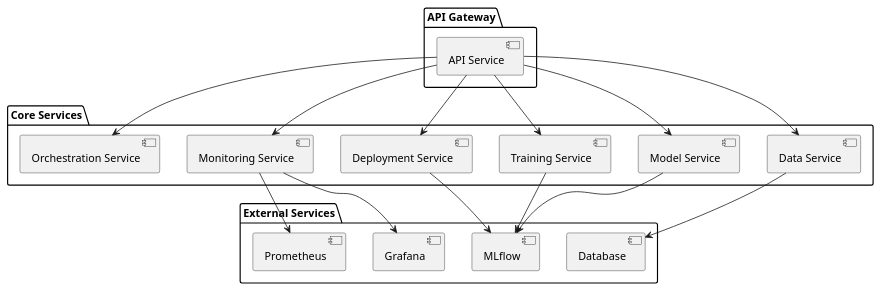
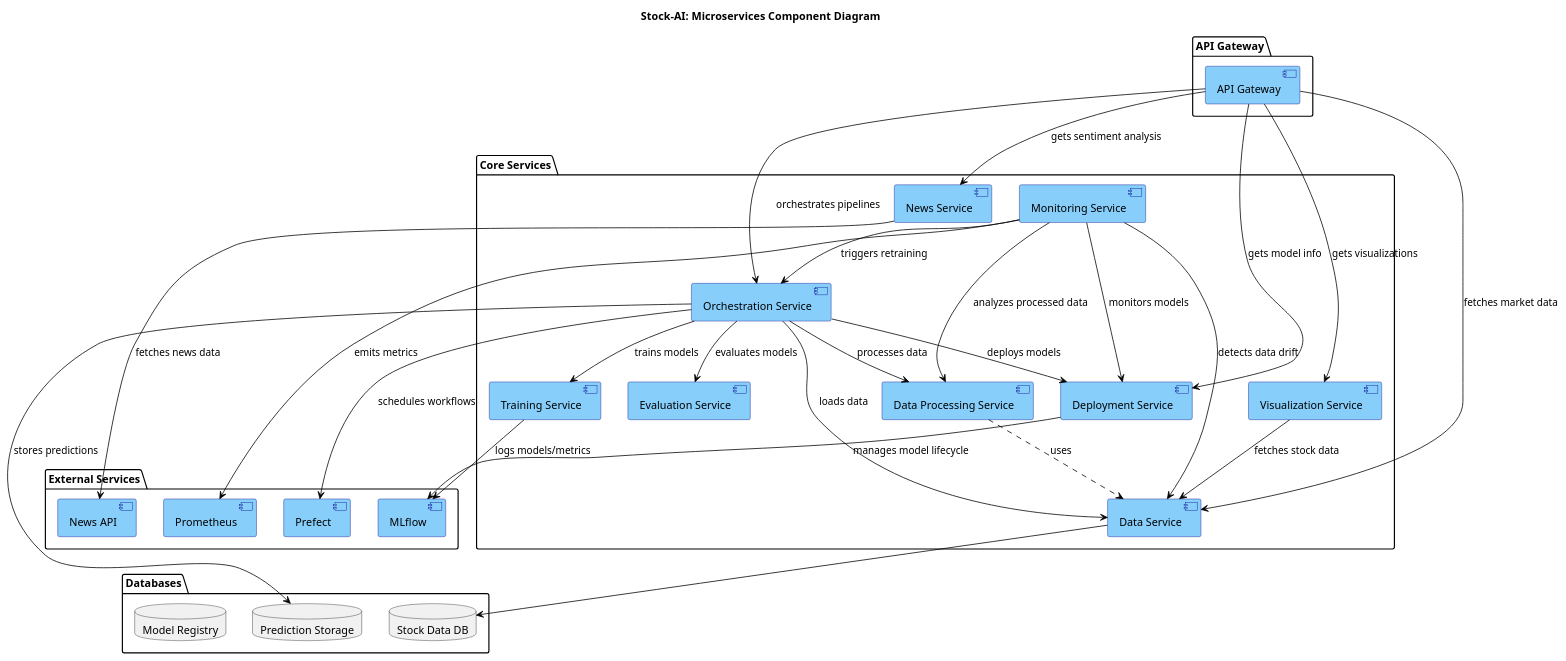
One commit to LOG795-PFE031/stock-ai_pfe031 changed the diagram in docs/microservices/architecture_microservices_component.puml. Above: the diagram before and after it, drawn with PlantUML.

Commit message:
Refactor microservices architecture diagram to enhance clarity and detail

```diff
--- a/docs/microservices/architecture_microservices_component.puml
+++ b/docs/microservices/architecture_microservices_component.puml
@@ -1,38 +1,69 @@
-@startuml
-' Diagramme de composants - Architecture Microservices
+@startuml Component_Diagram
+
+title Stock-AI: Microservices Component Diagram
+
+skinparam component {
+  BackgroundColor LightSkyBlue
+  BorderColor DarkBlue
+  ArrowColor Black
+}
 
 package "API Gateway" {
-  [API Service]
+  [API Gateway] as api
 }
 
 package "Core Services" {
-  [Data Service]
-  [Model Service]
-  [Training Service]
-  [Deployment Service]
-  [Monitoring Service]
-  [Orchestration Service]
+  [Data Service] as dataService
+  [Data Processing Service] as dataProcessingService
+  [Training Service] as trainingService
+  [Deployment Service] as deploymentService
+  [Evaluation Service] as evaluationService
+  [Orchestration Service] as orchestrationService
+  [Monitoring Service] as monitoringService
+  [News Service] as newsService
+  [Visualization Service] as visualizationService
+}
+
+package "Databases" {
+  database "Stock Data DB" as stockDB
+  database "Prediction Storage" as predictionDB
+  database "Model Registry" as modelRegistry
 }
 
 package "External Services" {
-  [Database]
-  [MLflow]
-  [Grafana]
-  [Prometheus]
+  [MLflow] as mlflow
+  [Prefect] as prefect
+  [Prometheus] as prometheus
+  [News API] as newsAPI
 }
 
-[API Service] --> [Data Service]
-[API Service] --> [Model Service]
-[API Service] --> [Training Service]
-[API Service] --> [Deployment Service]
-[API Service] --> [Monitoring Service]
-[API Service] --> [Orchestration Service]
+' Core service relationships
+dataService --> stockDB
+dataProcessingService ..> dataService : uses
+orchestrationService --> dataService : loads data
+orchestrationService --> dataProcessingService : processes data
+orchestrationService --> trainingService : trains models
+orchestrationService --> deploymentService : deploys models
+orchestrationService --> evaluationService : evaluates models
+orchestrationService --> predictionDB : stores predictions
+monitoringService --> deploymentService : monitors models
+monitoringService --> orchestrationService : triggers retraining
+monitoringService --> dataService : detects data drift
+monitoringService --> dataProcessingService : analyzes processed data
+newsService --> newsAPI : fetches news data
+visualizationService --> dataService : fetches stock data
 
-[Data Service] --> [Database]
-[Model Service] --> [MLflow]
-[Training Service] --> [MLflow]
-[Deployment Service] --> [MLflow]
-[Monitoring Service] --> [Prometheus]
-[Monitoring Service] --> [Grafana]
+' External service relationships
+trainingService --> mlflow : logs models/metrics
+deploymentService --> mlflow : manages model lifecycle
+orchestrationService --> prefect : schedules workflows
+monitoringService --> prometheus : emits metrics
 
-@enduml 
+' API Gateway relationships
+api --> orchestrationService : orchestrates pipelines
+api --> dataService : fetches market data
+api --> newsService : gets sentiment analysis
+api --> visualizationService : gets visualizations
+api --> deploymentService : gets model info
+
+@enduml
```
